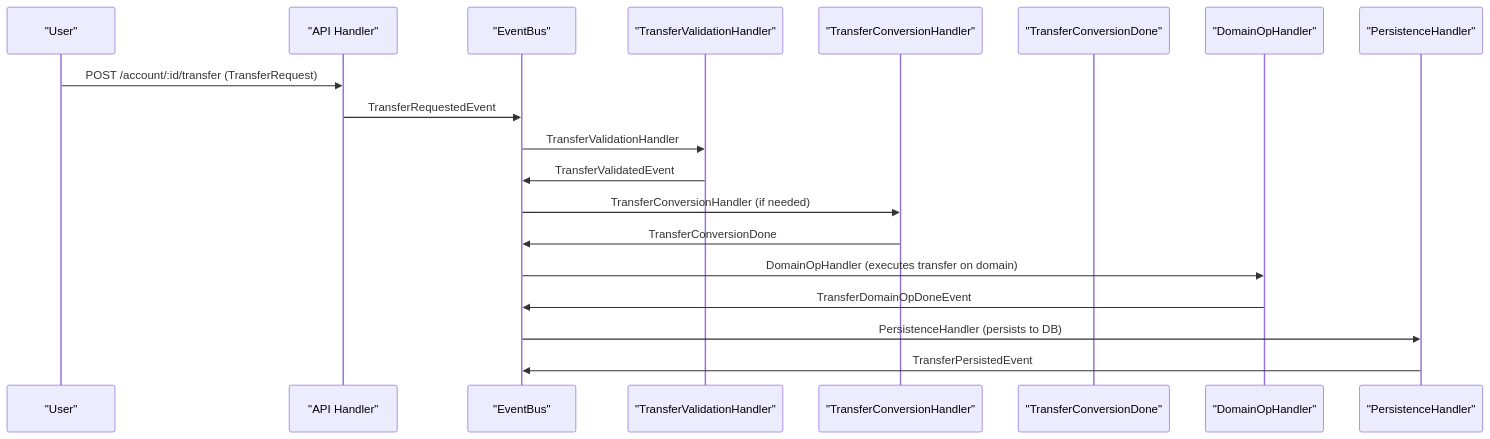
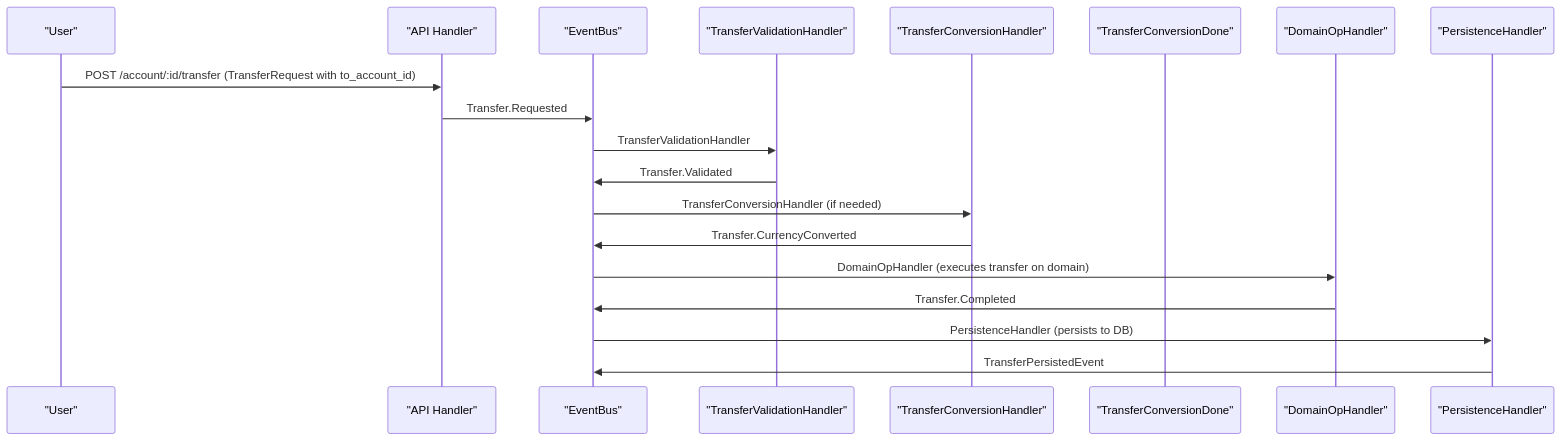
The first of 2 diagrams in docs/refactoring/event-driven-transfer-flow.md (amirasaad/fintech), drawn with Mermaid before and after one commit. The commit also changed other lines of this file and 11 other files, not shown here.

First line of the commit message:
docs: synchronize event names, API endpoints, and file paths across documentation

````diff
--- a/docs/refactoring/event-driven-transfer-flow.md
+++ b/docs/refactoring/event-driven-transfer-flow.md
@@ -36,22 +36,22 @@
 ```mermaid
 sequenceDiagram
     participant U as "User"
     participant API as "API Handler"
     participant EB as "EventBus"
     participant VH as "TransferValidationHandler"
     participant TC as "TransferConversionHandler"
     participant TCD as "TransferConversionDone"
     participant DO as "DomainOpHandler"
     participant P as "PersistenceHandler"
 
-    U->>API: POST /account/:id/transfer (TransferRequest)
-    API->>EB: TransferRequestedEvent
+    U->>API: POST /account/:id/transfer (TransferRequest with to_account_id)
+    API->>EB: Transfer.Requested
     EB->>VH: TransferValidationHandler
-    VH->>EB: TransferValidatedEvent
+    VH->>EB: Transfer.Validated
     EB->>TC: TransferConversionHandler (if needed)
-    TC->>EB: TransferConversionDone
+    TC->>EB: Transfer.CurrencyConverted
     EB->>DO: DomainOpHandler (executes transfer on domain)
-    DO->>EB: TransferDomainOpDoneEvent
+    DO->>EB: Transfer.Completed
     EB->>P: PersistenceHandler (persists to DB)
     P->>EB: TransferPersistedEvent
 ```
````
